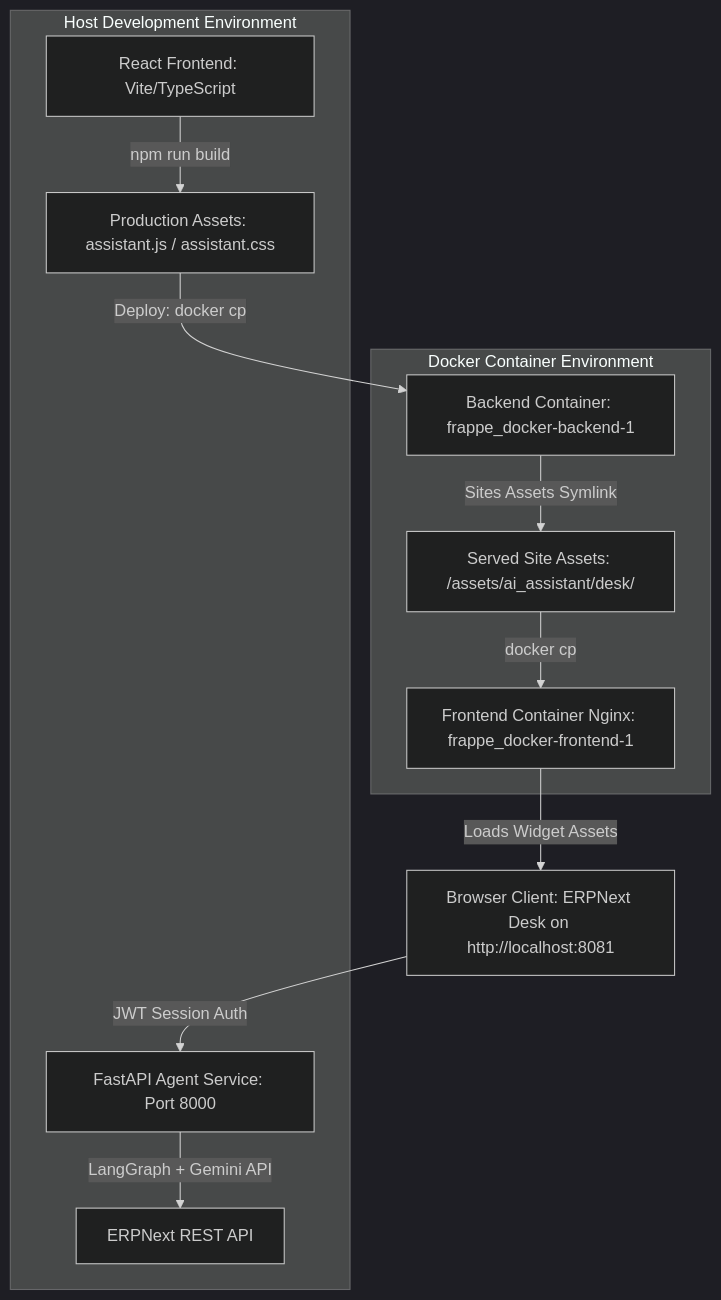
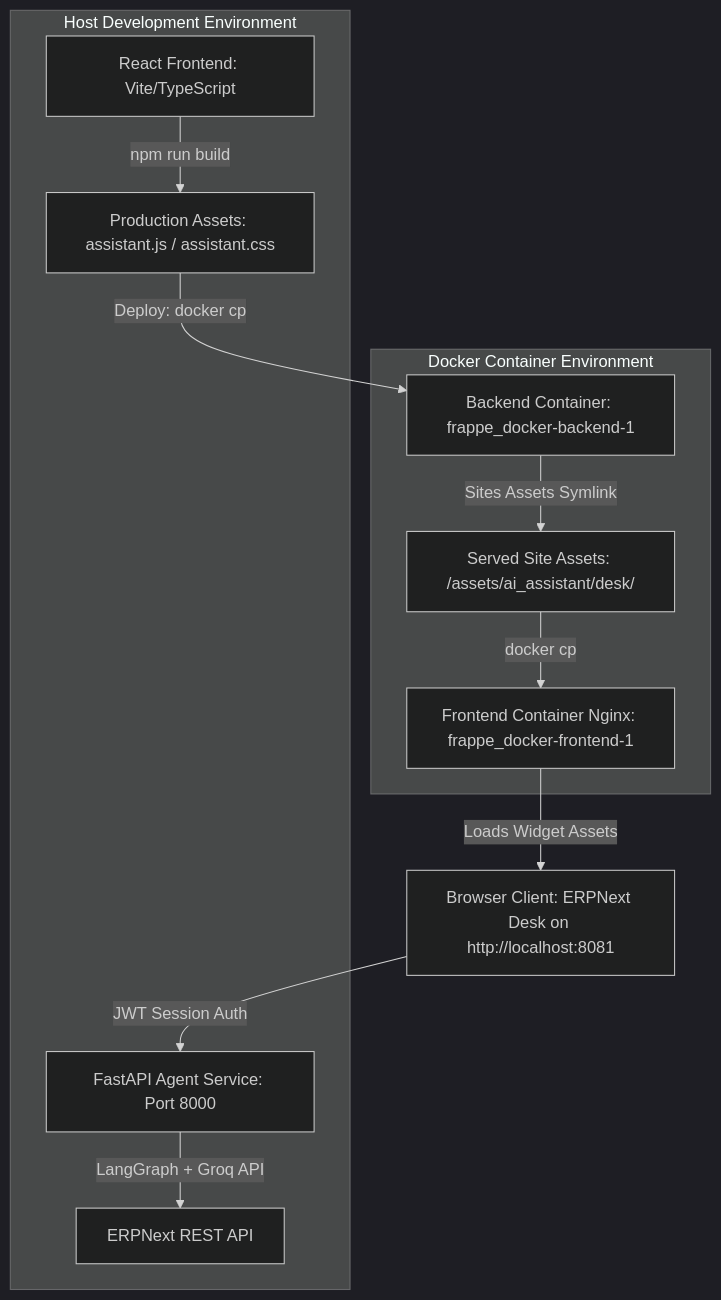
Before and after one commit to Picture-Sque/erpnext-ai-assistant: the diagram in README.md, drawn with Mermaid (dark theme). The commit also changed other lines of this file, not shown here.

Commit message:
docs: update README.md for Phase 1.5 Groq LLM migration and llama-3.3-70b-versatile configuration

````diff
--- a/README.md
+++ b/README.md
@@ -11,16 +11,16 @@
 ```mermaid
 graph TD
     subgraph Host Development Environment
         A[React Frontend: Vite/TypeScript] -->|npm run build| B[Production Assets: assistant.js / assistant.css]
-        G[FastAPI Agent Service: Port 8000] -->|LangGraph + Gemini API| H[ERPNext REST API]
+        G[FastAPI Agent Service: Port 8000] -->|LangGraph + Groq API| H[ERPNext REST API]
     end
 
     subgraph Docker Container Environment
         B -->|Deploy: docker cp| C[Backend Container: frappe_docker-backend-1]
         C -->|Sites Assets Symlink| D[Served Site Assets: /assets/ai_assistant/desk/]
         D -->|docker cp| E[Frontend Container Nginx: frappe_docker-frontend-1]
     end
 
     E -->|Loads Widget Assets| F[Browser Client: ERPNext Desk on http://localhost:8081]
     F -->|JWT Session Auth| G
 ```
````
